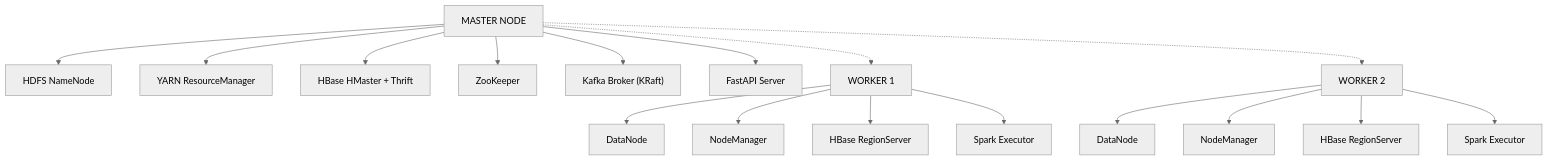
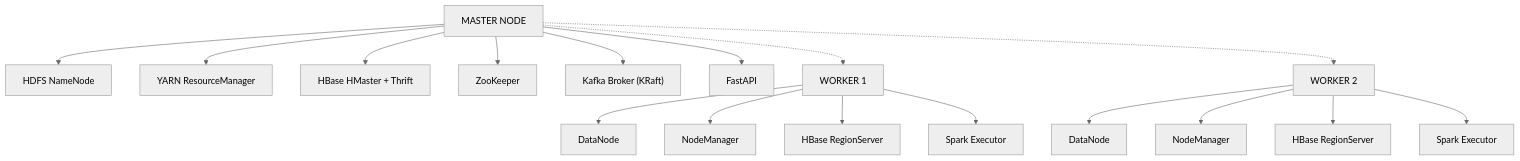
The second of 3 diagrams in README.md (Tanishq1706P/Spam-Classifier), drawn with Mermaid (neutral theme) before and after one commit. The commit also changed other lines of this file, not shown here.

````diff
--- a/README.md
+++ b/README.md
@@ -403,24 +479,24 @@
 ```mermaid
 flowchart TB
     M["MASTER NODE"]
 
     M --> NN["HDFS NameNode"]
     M --> RM["YARN ResourceManager"]
     M --> HM["HBase HMaster + Thrift"]
     M --> ZK["ZooKeeper"]
     M --> KB["Kafka Broker (KRaft)"]
-    M --> API["FastAPI Server"]
+    M --> API["FastAPI"]
 
     M -.-> W1["WORKER 1"]
     M -.-> W2["WORKER 2"]
 
     W1 --> D1["DataNode"]
     W1 --> N1["NodeManager"]
     W1 --> R1["HBase RegionServer"]
     W1 --> S1["Spark Executor"]
 
     W2 --> D2["DataNode"]
     W2 --> N2["NodeManager"]
     W2 --> R2["HBase RegionServer"]
     W2 --> S2["Spark Executor"]
 ```
````
